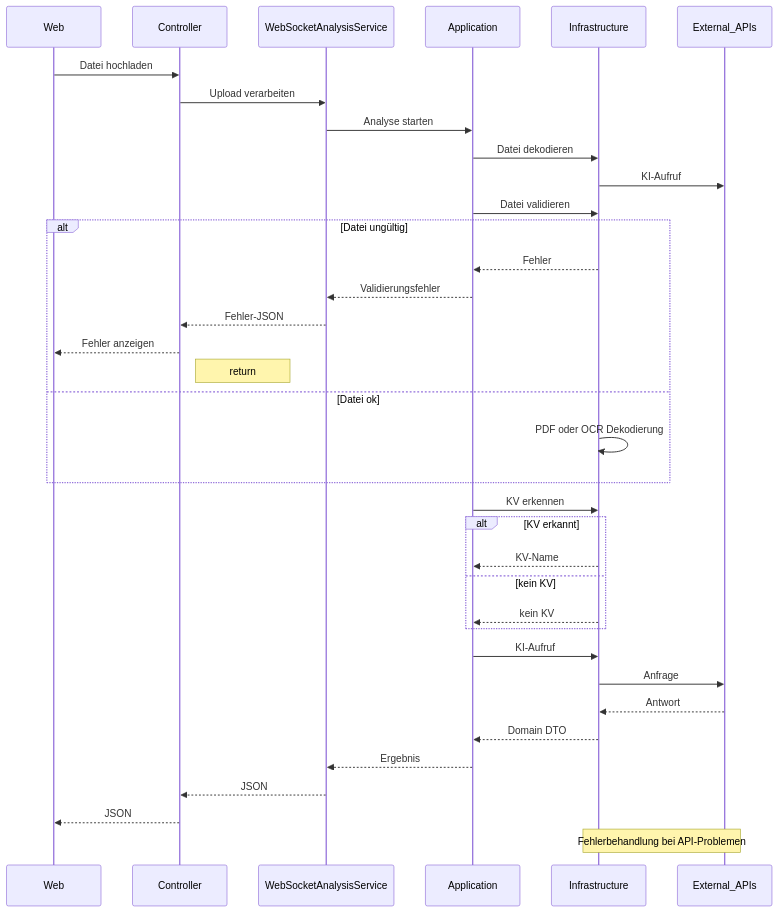
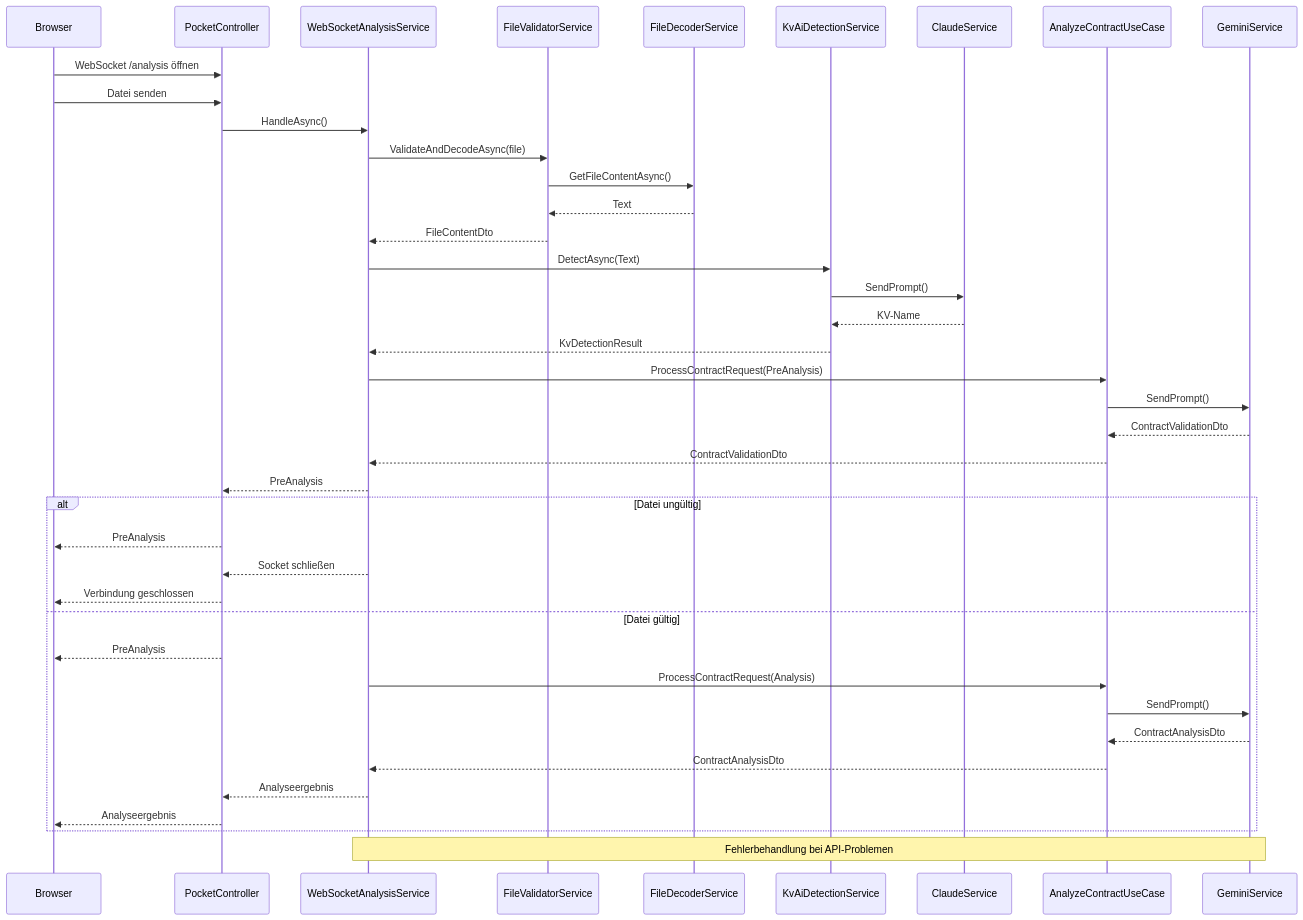
The third of 6 diagrams in docs/Diagrams/diagrams.md (sebastian-305/PocketLawyer), drawn with Mermaid before and after one commit.

Commit message:
Update sequence diagram

````diff
--- a/docs/Diagrams/diagrams.md
+++ b/docs/Diagrams/diagrams.md
@@ -123,39 +123,43 @@
 ```mermaid
 sequenceDiagram
-    participant FE as Web
-    participant PC as Controller
+    participant FE as Browser
+    participant PC as PocketController
     participant WS as WebSocketAnalysisService
-    participant APP as Application
-    participant INF as Infrastructure
-    participant EX as External_APIs
+    participant FV as FileValidatorService
+    participant FDS as FileDecoderService
+    participant KD as KvAiDetectionService
+    participant CLA as ClaudeService
+    participant CA as AnalyzeContractUseCase
+    participant GEM as GeminiService
 
-    FE->>PC: Datei hochladen
-    PC->>WS: Upload verarbeiten
-    WS->>APP: Analyse starten
-    APP->>INF: Datei dekodieren
-    INF->>EX: KI-Aufruf
-    APP->>INF: Datei validieren
+    FE->>PC: WebSocket /analysis öffnen
+    FE->>PC: Datei senden
+    PC->>WS: HandleAsync()
+    WS->>FV: ValidateAndDecodeAsync(file)
+    FV->>FDS: GetFileContentAsync()
+    FDS-->>FV: Text
+    FV-->>WS: FileContentDto
+    WS->>KD: DetectAsync(Text)
+    KD->>CLA: SendPrompt()
+    CLA-->>KD: KV-Name
+    KD-->>WS: KvDetectionResult
+    WS->>CA: ProcessContractRequest(PreAnalysis)
+    CA->>GEM: SendPrompt()
+    GEM-->>CA: ContractValidationDto
+    CA-->>WS: ContractValidationDto
+    WS-->>PC: PreAnalysis
     alt Datei ungültig
-        INF-->>APP: Fehler
-        APP-->>WS: Validierungsfehler
-        WS-->>PC: Fehler-JSON
-        PC-->>FE: Fehler anzeigen
-        Note right of PC: return
-    else Datei ok
-        INF->>INF: PDF oder OCR Dekodierung
+        PC-->>FE: PreAnalysis
+        WS-->>PC: Socket schließen
+        PC-->>FE: Verbindung geschlossen
+    else Datei gültig
+        PC-->>FE: PreAnalysis
+        WS->>CA: ProcessContractRequest(Analysis)
+        CA->>GEM: SendPrompt()
+        GEM-->>CA: ContractAnalysisDto
+        CA-->>WS: ContractAnalysisDto
+        WS-->>PC: Analyseergebnis
+        PC-->>FE: Analyseergebnis
     end
-    APP->>INF: KV erkennen
-    alt KV erkannt
-        INF-->>APP: KV-Name
-    else kein KV
-        INF-->>APP: kein KV
-    end
-    APP->>INF: KI-Aufruf
-    INF->>EX: Anfrage
-    EX-->>INF: Antwort
-    INF-->>APP: Domain DTO
-    APP-->>WS: Ergebnis
-    WS-->>PC: JSON
-    PC-->>FE: JSON
-    Note over EX,INF: Fehlerbehandlung bei API-Problemen
+    Note over GEM,WS: Fehlerbehandlung bei API-Problemen
 ```
````
